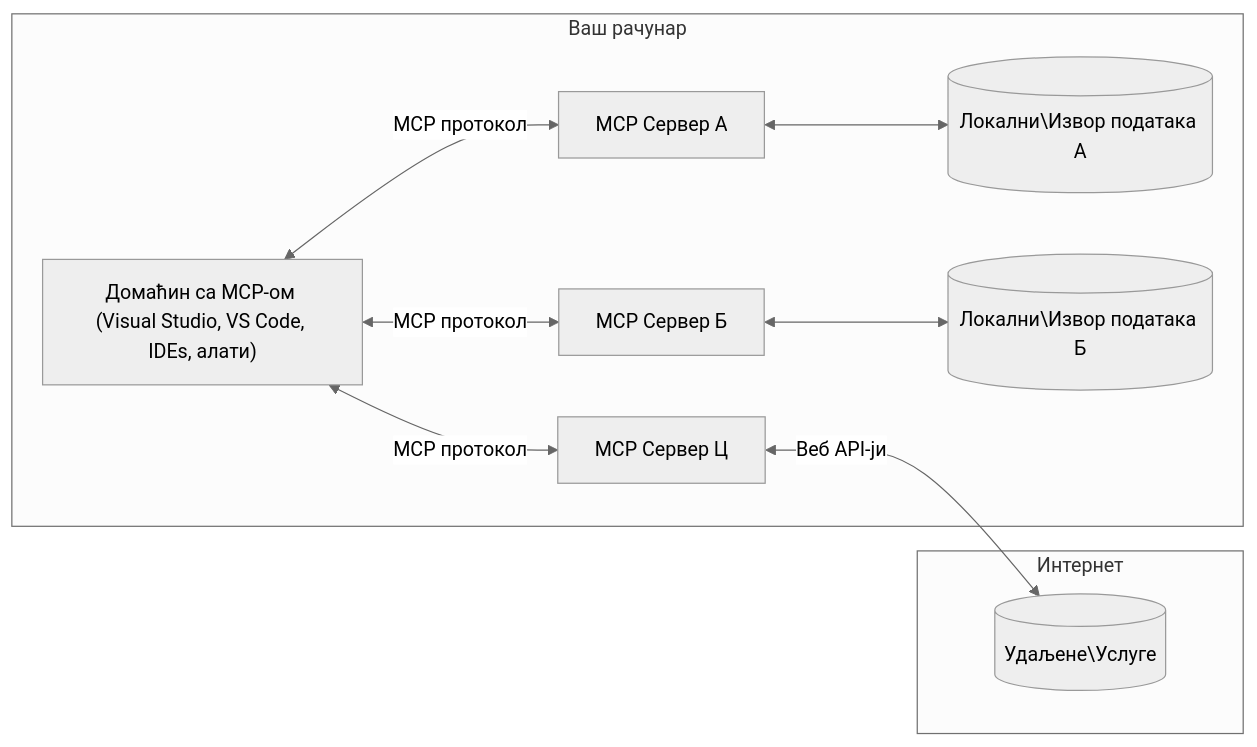
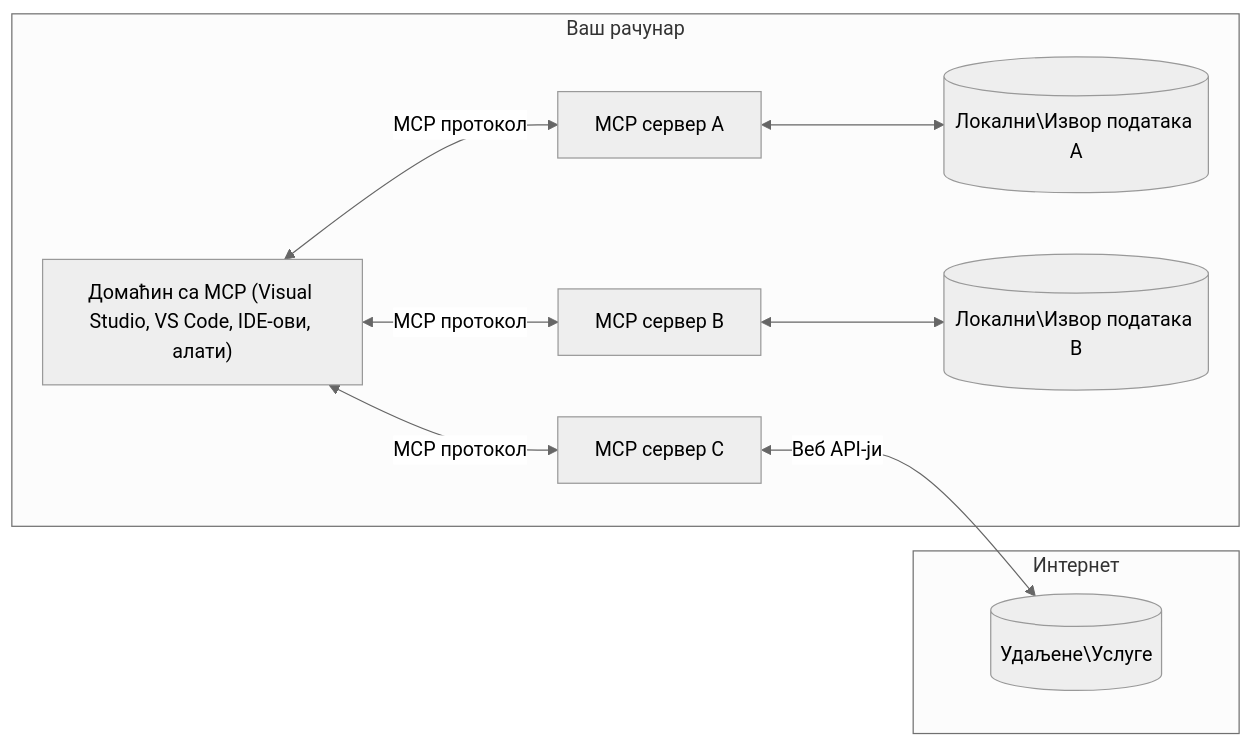
Before and after one commit to HIDORAKAI002/ai-workspace-archive: the diagram in mcp_ecosystem__model_context_protocol/mcp_learning_resources/mcp-for-beginners/translations/sr/01-CoreConcepts/README.md, drawn with Mermaid (neutral theme). The commit also changed other lines of this file and 1046 other files, not shown here.

````diff
--- a/mcp_ecosystem__model_context_protocol/mcp_learning_resources/mcp-for-beginners/translations/sr/01-CoreConcepts/README.md
+++ b/mcp_ecosystem__model_context_protocol/mcp_learning_resources/mcp-for-beginners/translations/sr/01-CoreConcepts/README.md
@@ -45,17 +45,17 @@
 ```mermaid
 flowchart LR
     subgraph "Ваш рачунар"
-        Host["Домаћин са MCP-ом (Visual Studio, VS Code, IDEs, алати)"]
-        S1["MCP Сервер А"]
-        S2["MCP Сервер Б"]
-        S3["MCP Сервер Ц"]
+        Host["Домаћин са MCP (Visual Studio, VS Code, IDE-ови, алати)"]
+        S1["MCP сервер A"]
+        S2["MCP сервер B"]
+        S3["MCP сервер C"]
         Host <-->|"MCP протокол"| S1
         Host <-->|"MCP протокол"| S2
         Host <-->|"MCP протокол"| S3
-        S1 <--> D1[("Локални\Извор података А")]
-        S2 <--> D2[("Локални\Извор података Б")]
+        S1 <--> D1[("Локални\Извор података A")]
+        S2 <--> D2[("Локални\Извор података B")]
     end
     subgraph "Интернет"
         S3 <-->|"Веб API-ји"| D3[("Удаљене\Услуге")]
     end
 ```
````
